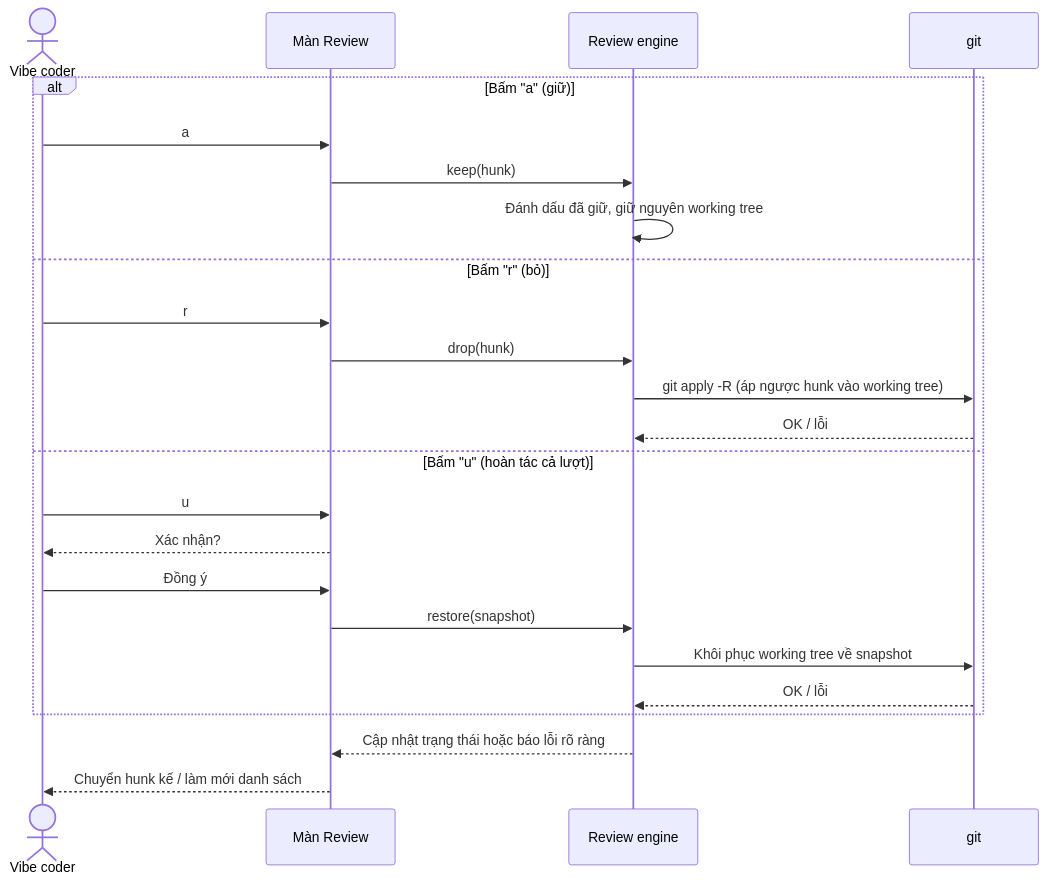
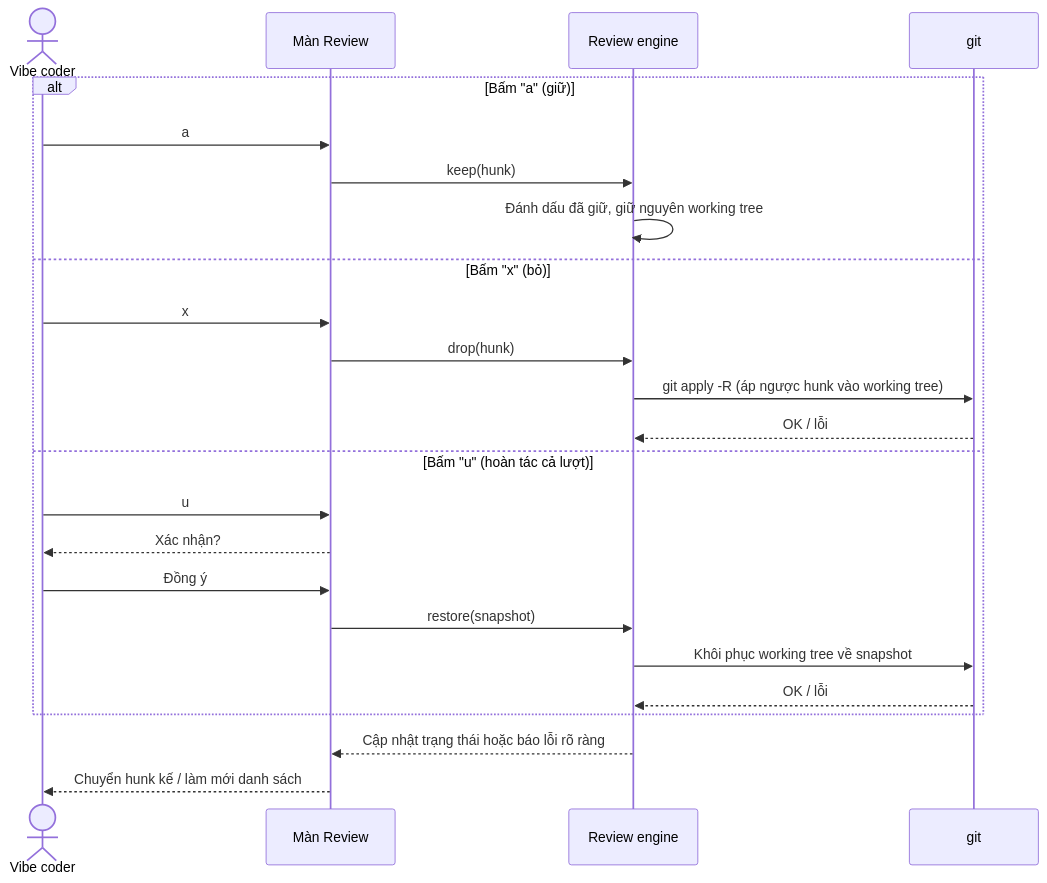
The second of 11 diagrams in docs/SEQUENCE.md (lhnhidev/dark), drawn with Mermaid before and after one commit. The commit also changed other lines of this file and 13 other files, not shown here.

Commit message:
docs: define seven-tab interface and roadmap

````diff
--- a/docs/SEQUENCE.md
+++ b/docs/SEQUENCE.md
@@ -34,27 +34,27 @@
 ```mermaid
 sequenceDiagram
     actor U as Vibe coder
     participant UI as Màn Review
     participant RV as Review engine
     participant G as git
 
     alt Bấm "a" (giữ)
         U->>UI: a
         UI->>RV: keep(hunk)
         RV->>RV: Đánh dấu đã giữ, giữ nguyên working tree
-    else Bấm "r" (bỏ)
-        U->>UI: r
+    else Bấm "x" (bỏ)
+        U->>UI: x
         UI->>RV: drop(hunk)
         RV->>G: git apply -R (áp ngược hunk vào working tree)
         G-->>RV: OK / lỗi
     else Bấm "u" (hoàn tác cả lượt)
         U->>UI: u
         UI-->>U: Xác nhận?
         U->>UI: Đồng ý
         UI->>RV: restore(snapshot)
         RV->>G: Khôi phục working tree về snapshot
         G-->>RV: OK / lỗi
     end
     RV-->>UI: Cập nhật trạng thái hoặc báo lỗi rõ ràng
     UI-->>U: Chuyển hunk kế / làm mới danh sách
 ```
````
